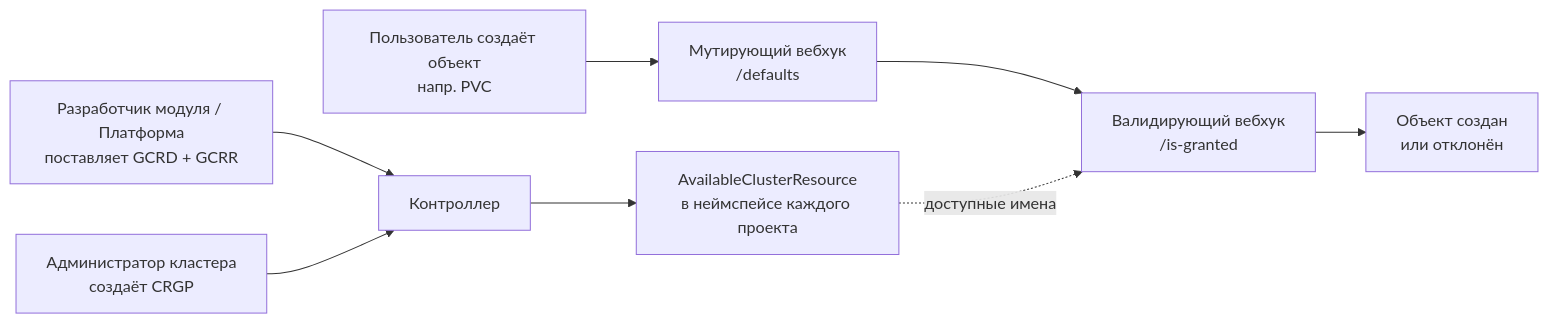
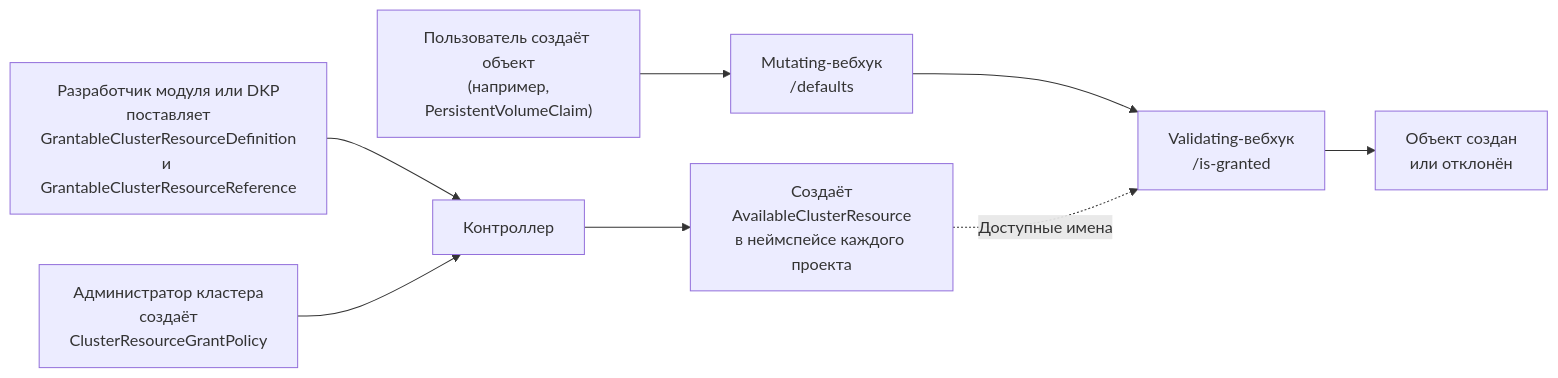
One commit to deckhouse/deckhouse changed the diagram in modules/160-multitenancy-manager/docs/README_RU.md. Above: the diagram before and after it, drawn with Mermaid. The commit also changed other lines of this file and 16 other files, not shown here.

````diff
--- a/modules/160-multitenancy-manager/docs/README_RU.md
+++ b/modules/160-multitenancy-manager/docs/README_RU.md
@@ -112,10 +105,10 @@
-```mermaid
+<pre class="mermaid">
 flowchart LR
-    A["Разработчик модуля / Платформа<br/>поставляет GCRD + GCRR"] --> C
-    B["Администратор кластера<br/>создаёт CRGP"] --> C["Контроллер"]
-    C --> D["AvailableClusterResource<br/>в неймспейсе каждого проекта"]
-    E["Пользователь создаёт объект<br/>напр. PVC"] --> F["Мутирующий вебхук<br/>/defaults"]
-    F --> G["Валидирующий вебхук<br/>/is-granted"]
-    D -. доступные имена .-> G
+    A["Разработчик модуля или DKP<br/>поставляет<br/>GrantableClusterResourceDefinition<br/>и GrantableClusterResourceReference"] --> C
+    B["Администратор кластера<br/>создаёт<br/>ClusterResourceGrantPolicy"] --> C["Контроллер"]
+    C --> D["Создаёт<br/>AvailableClusterResource<br/>в неймспейсе каждого проекта"]
+    E["Пользователь создаёт объект<br/>(например,<br/>PersistentVolumeClaim)"] --> F["Mutating-вебхук<br/>/defaults"]
+    F --> G["Validating-вебхук<br/>/is-granted"]
+    D -. Доступные имена .-> G
     G --> H["Объект создан<br/>или отклонён"]
-```
+</pre>
````
